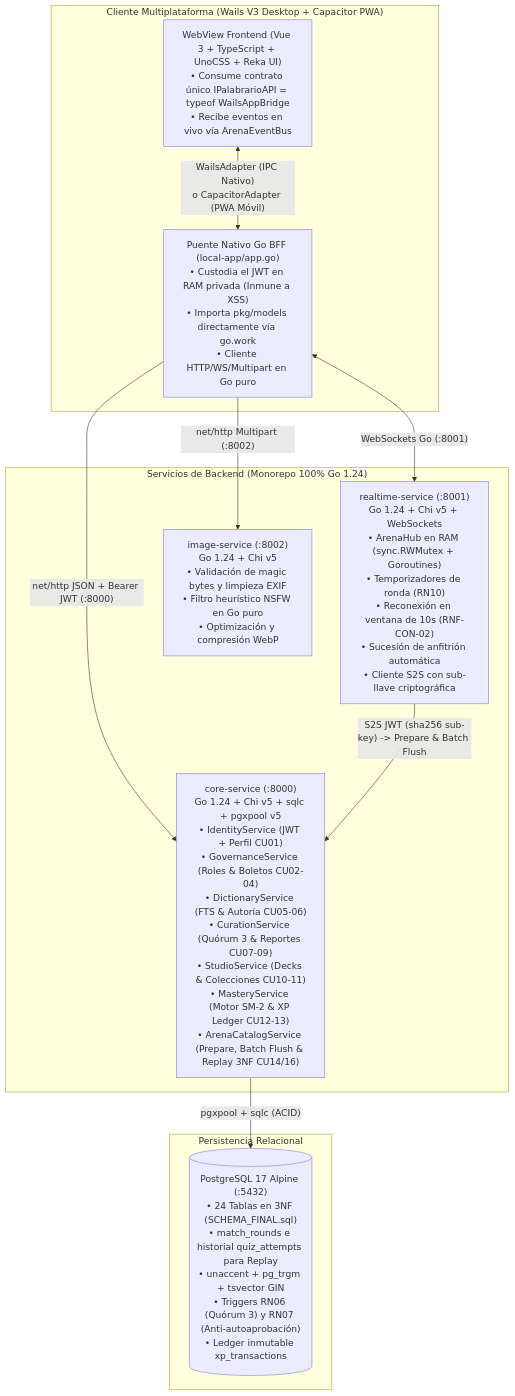
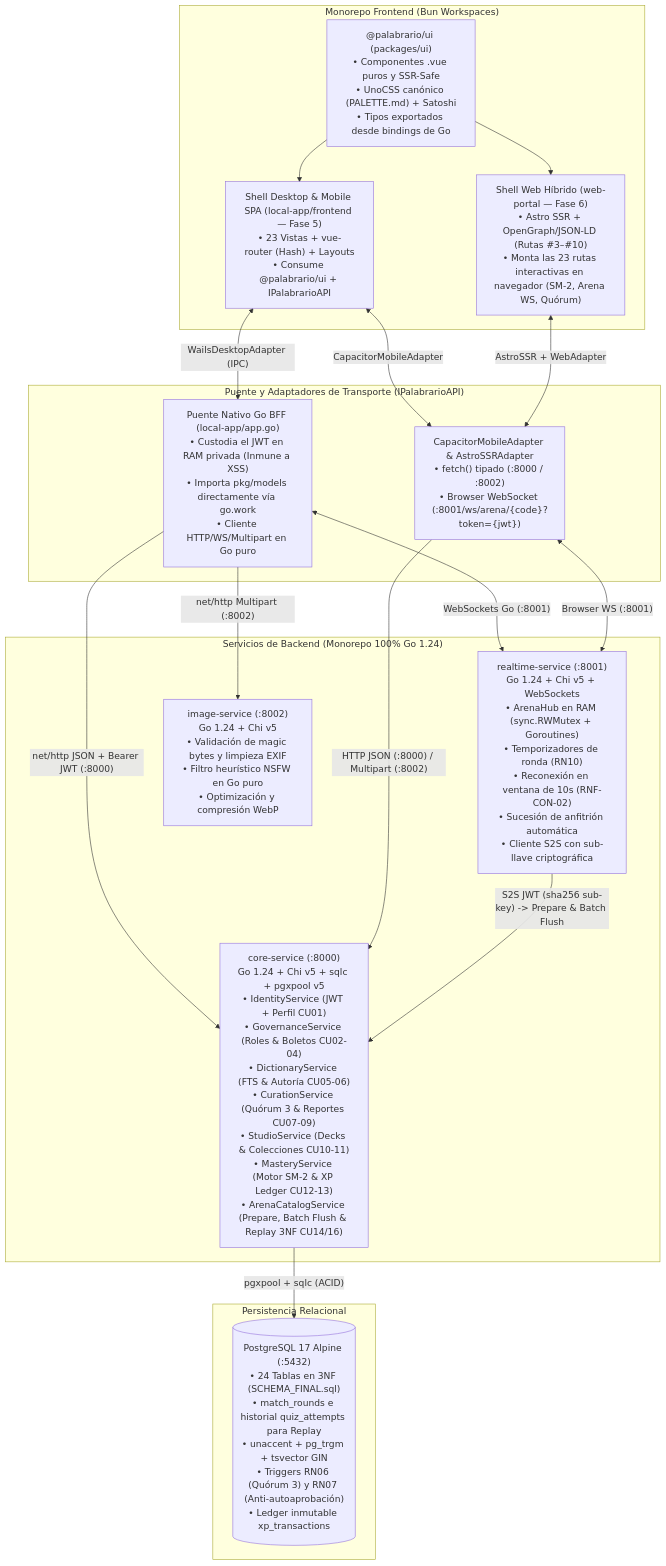
The diagram in .context/CONTEXT.md (OGShawnLee/palabrario), drawn with Mermaid before and after one commit. The commit also changed other lines of this file and 4 other files, not shown here.

Commit message:
docs(arch): formalize @palabrario/ui monorepo, @bindings alias and Phase 6 web roadmap

````diff
--- a/.context/CONTEXT.md
+++ b/.context/CONTEXT.md
@@ -47,25 +49,38 @@
 ```mermaid
 flowchart TD
-    subgraph Desktop["Cliente Multiplataforma (Wails V3 Desktop + Capacitor PWA)"]
-        VueUI["WebView Frontend (Vue 3 + TypeScript + UnoCSS + Reka UI)\n• Consume contrato único IPalabrarioAPI = typeof WailsAppBridge\n• Recibe eventos en vivo vía ArenaEventBus"]
+    subgraph UIWorkspace["Monorepo Frontend (Bun Workspaces)"]
+        SharedUI["@palabrario/ui (packages/ui)\n• Componentes .vue puros y SSR-Safe\n• UnoCSS canónico (PALETTE.md) + Satoshi\n• Tipos exportados desde bindings de Go"]
+        VueUI["Shell Desktop & Mobile SPA (local-app/frontend — Fase 5)\n• 23 Vistas + vue-router (Hash) + Layouts\n• Consume @palabrario/ui + IPalabrarioAPI"]
+        AstroWeb["Shell Web Híbrido (web-portal — Fase 6)\n• Astro SSR + OpenGraph/JSON-LD (Rutas #3–#10)\n• Monta las 23 rutas interactivas en navegador (SM-2, Arena WS, Quórum)"]
+        SharedUI --> VueUI
+        SharedUI --> AstroWeb
+    end
+
+    subgraph Desktop["Puente y Adaptadores de Transporte (IPalabrarioAPI)"]
         WailsGo["Puente Nativo Go BFF (local-app/app.go)\n• Custodia el JWT en RAM privada (Inmune a XSS)\n• Importa pkg/models directamente vía go.work\n• Cliente HTTP/WS/Multipart en Go puro"]
-        VueUI <-->|"WailsAdapter (IPC Nativo)\no CapacitorAdapter (PWA Móvil)"| WailsGo
+        WebAdp["CapacitorMobileAdapter & AstroSSRAdapter\n• fetch() tipado (:8000 / :8002)\n• Browser WebSocket (:8001/ws/arena/{code}?token={jwt})"]
+        VueUI <-->|"WailsDesktopAdapter (IPC)"| WailsGo
+        VueUI <-->|"CapacitorMobileAdapter"| WebAdp
+        AstroWeb <-->|"AstroSSR + WebAdapter"| WebAdp
     end
 
     subgraph BackendGo["Servicios de Backend (Monorepo 100% Go 1.24)"]
         Core["core-service (:8000)\nGo 1.24 + Chi v5 + sqlc + pgxpool v5\n• IdentityService (JWT + Perfil CU01)\n• GovernanceService (Roles & Boletos CU02-04)\n• DictionaryService (FTS & Autoría CU05-06)\n• CurationService (Quórum 3 & Reportes CU07-09)\n• StudioService (Decks & Colecciones CU10-11)\n• MasteryService (Motor SM-2 & XP Ledger CU12-13)\n• ArenaCatalogService (Prepare, Batch Flush & Replay 3NF CU14/16)"]
         Realtime["realtime-service (:8001)\nGo 1.24 + Chi v5 + WebSockets\n• ArenaHub en RAM (sync.RWMutex + Goroutines)\n• Temporizadores de ronda (RN10)\n• Reconexión en ventana de 10s (RNF-CON-02)\n• Sucesión de anfitrión automática\n• Cliente S2S con sub-llave criptográfica"]
         ImageSvc["image-service (:8002)\nGo 1.24 + Chi v5\n• Validación de magic bytes y limpieza EXIF\n• Filtro heurístico NSFW en Go puro\n• Optimización y compresión WebP"]
     end
 
     subgraph Datos["Persistencia Relacional"]
         Postgres[("PostgreSQL 17 Alpine (:5432)\n• 24 Tablas en 3NF (SCHEMA_FINAL.sql)\n• match_rounds e historial quiz_attempts para Replay\n• unaccent + pg_trgm + tsvector GIN\n• Triggers RN06 (Quórum 3) y RN07 (Anti-autoaprobación)\n• Ledger inmutable xp_transactions")]
     end
 
     WailsGo -->|"net/http JSON + Bearer JWT (:8000)"| Core
     WailsGo <-->|"WebSockets Go (:8001)"| Realtime
     WailsGo -->|"net/http Multipart (:8002)"| ImageSvc
 
+    WebAdp -->|"HTTP JSON (:8000) / Multipart (:8002)"| Core
+    WebAdp <-->|"Browser WS (:8001)"| Realtime
+
     Core -->|"pgxpool + sqlc (ACID)"| Postgres
     Realtime -->|"S2S JWT (sha256 sub-key) -> Prepare & Batch Flush"| Core
 ```
````
